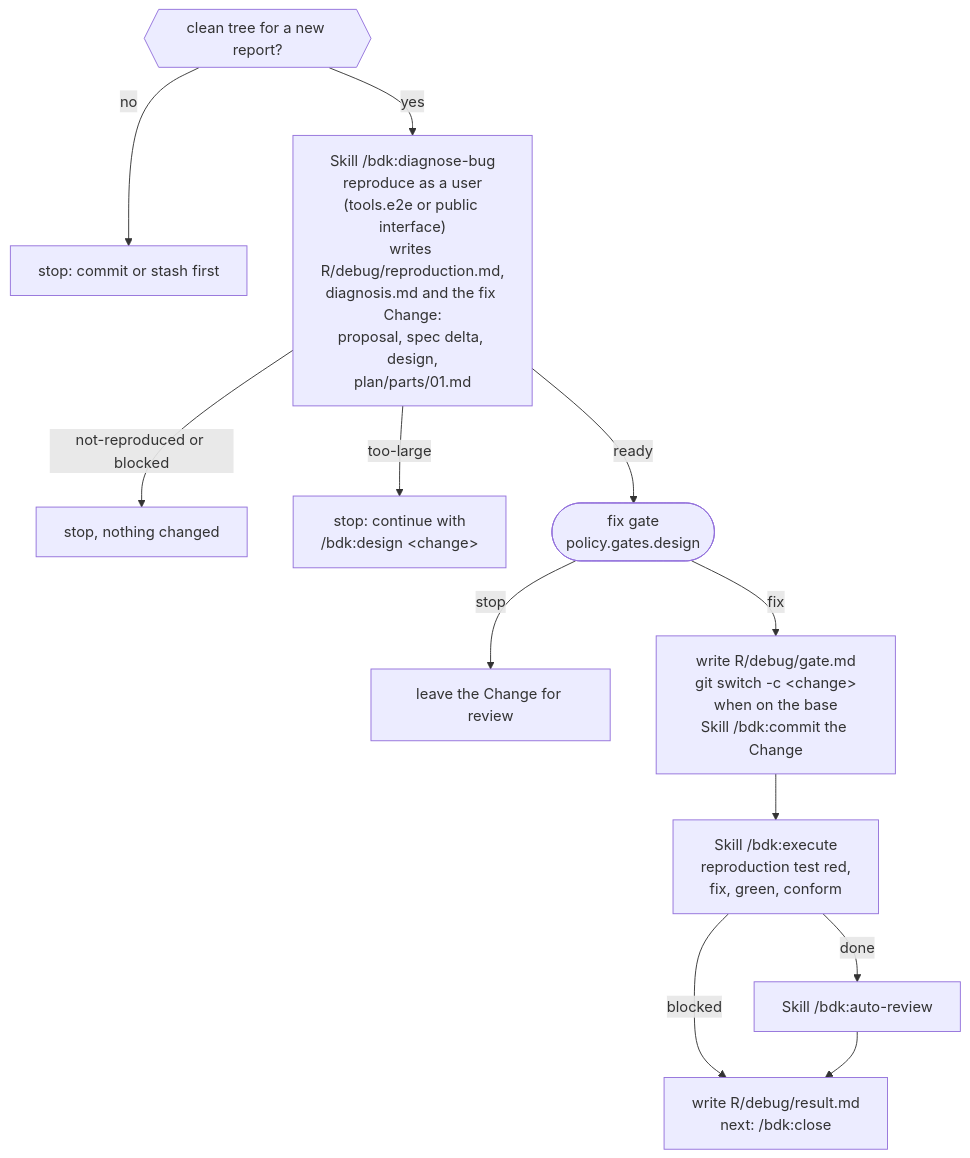
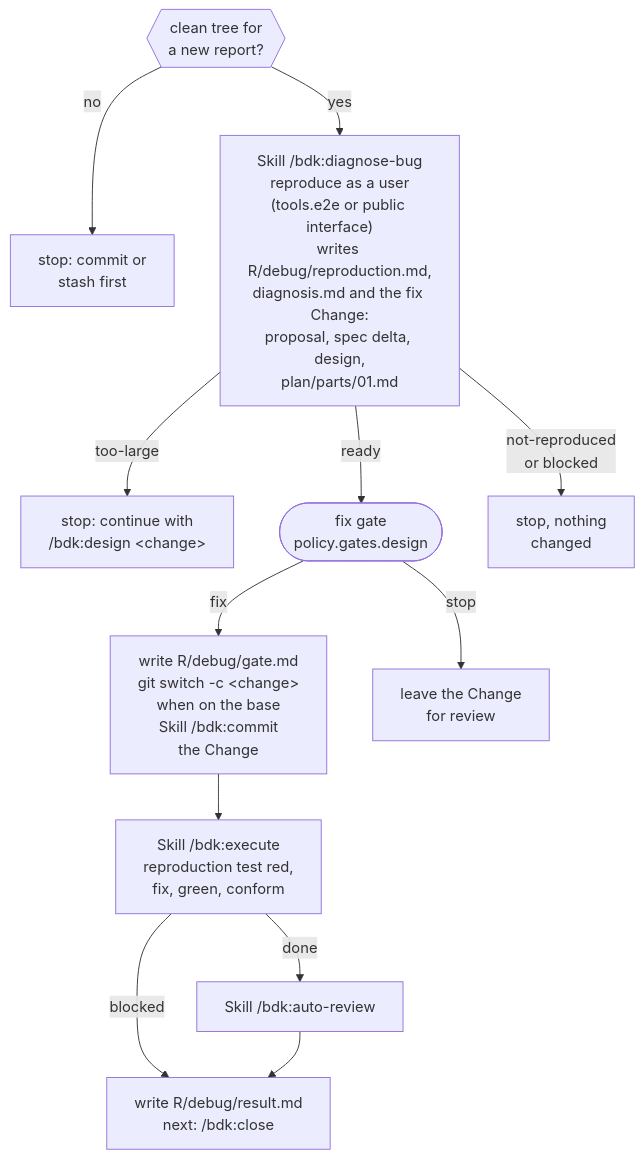
One commit to broneq/bdk changed diagram 15 of 15 in docs/concepts/orchestrators.md. Above: the diagram before and after it, drawn with Mermaid. The commit also changed other lines of this file and 20 other files, not shown here.

First line of the commit message:
fix(docs): fit every diagram into the content column

````diff
--- a/docs/concepts/orchestrators.md
+++ b/docs/concepts/orchestrators.md
@@ -362,15 +356,15 @@
 ```mermaid
 flowchart TB
-  G0{{"clean tree for a new report?"}} -->|"no"| GS["stop: commit or stash first"]
+  G0{{"clean tree for<br/>a new report?"}} -->|"no"| GS["stop: commit or<br/>stash first"]
   G0 -->|"yes"| G1
   G1["Skill /bdk:diagnose-bug<br/>reproduce as a user<br/>(tools.e2e or public interface)<br/>writes R/debug/reproduction.md,<br/>diagnosis.md and the fix Change:<br/>proposal, spec delta, design,<br/>plan/parts/01.md"]
-  G1 -->|"not-reproduced or blocked"| GX["stop, nothing changed"]
   G1 -->|"too-large"| GL["stop: continue with<br/>/bdk:design &lt;change&gt;"]
   G1 -->|"ready"| G2(["fix gate<br/>policy.gates.design"])
-  G2 -->|"stop"| GT["leave the Change for review"]
-  G2 -->|"fix"| G3["write R/debug/gate.md<br/>git switch -c &lt;change&gt;<br/>when on the base<br/>Skill /bdk:commit the Change"]
+  G1 -->|"not-reproduced<br/>or blocked"| GX["stop, nothing<br/>changed"]
+  G2 -->|"fix"| G3["write R/debug/gate.md<br/>git switch -c &lt;change&gt;<br/>when on the base<br/>Skill /bdk:commit<br/>the Change"]
+  G2 -->|"stop"| GT["leave the Change<br/>for review"]
   G3 --> G4["Skill /bdk:execute<br/>reproduction test red,<br/>fix, green, conform"]
+  G4 -->|"done"| G5["Skill /bdk:auto-review"]
   G4 -->|"blocked"| G6
-  G4 -->|"done"| G5["Skill /bdk:auto-review"]
   G5 --> G6["write R/debug/result.md<br/>next: /bdk:close"]
 ```
````
